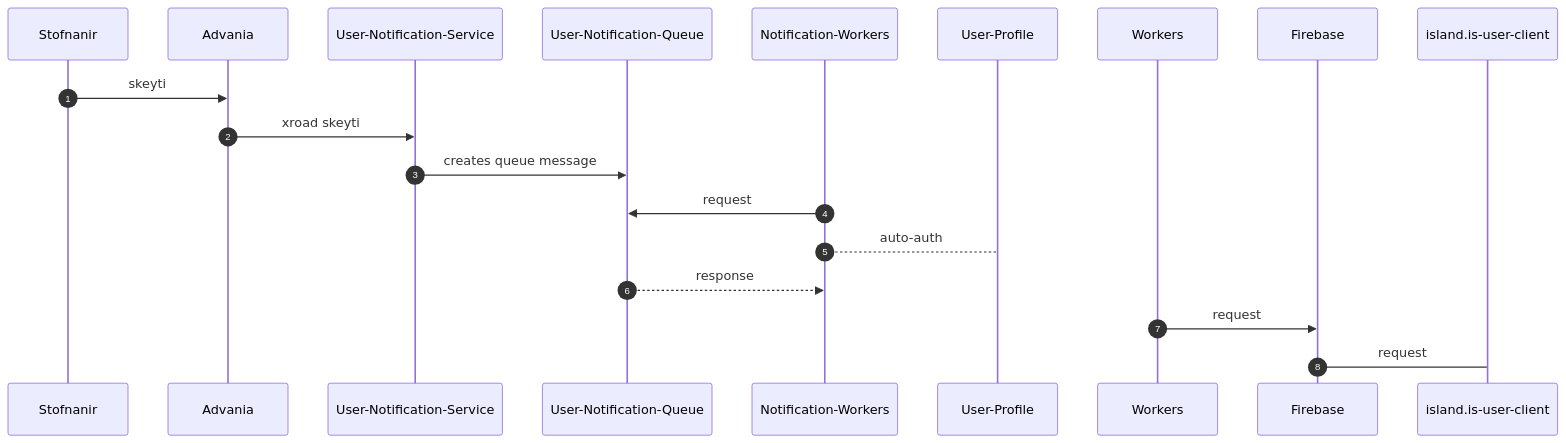
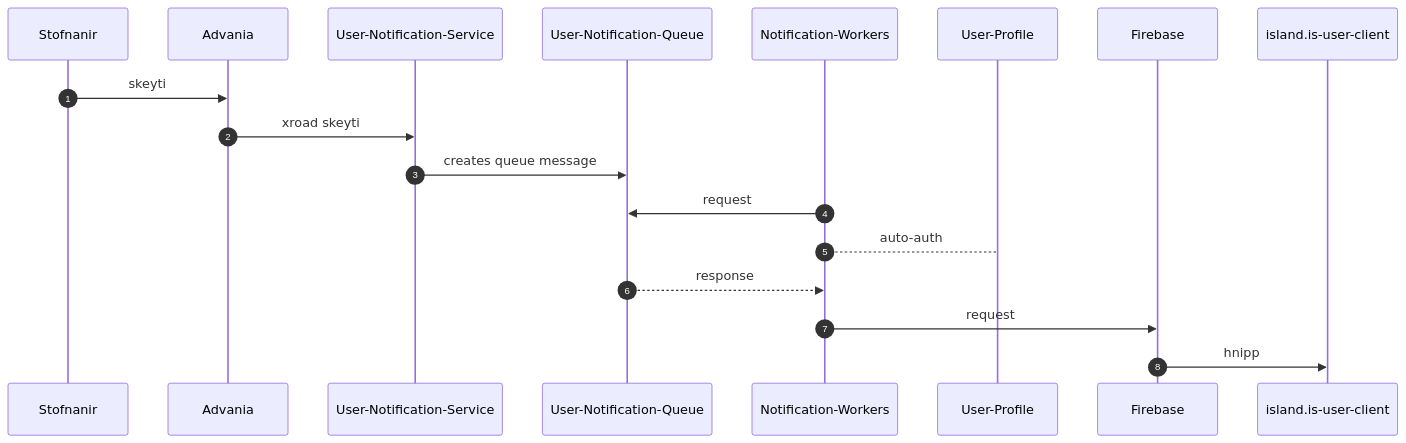
Before and after one commit to rafnarnason/bookish-fiesta: the diagram in hnipp.md, drawn with Mermaid.

````diff
--- a/hnipp.md
+++ b/hnipp.md
@@ -1,15 +1,15 @@
 ```mermaid
 sequenceDiagram
     autonumber
     Stofnanir->>Advania:skeyti
     Advania->>User-Notification-Service:xroad skeyti
     User-Notification-Service->>User-Notification-Queue:creates queue message
     Notification-Workers->>User-Notification-Queue:request
     Notification-Workers-->User-Profile:auto-auth
     User-Notification-Queue-->>Notification-Workers:response
-    Workers->>Firebase:request
-    Firebase->island.is-user-client:request
+    Notification-Workers->>Firebase:request
+    Firebase->>island.is-user-client:hnipp
     
     
    
 ```
````
